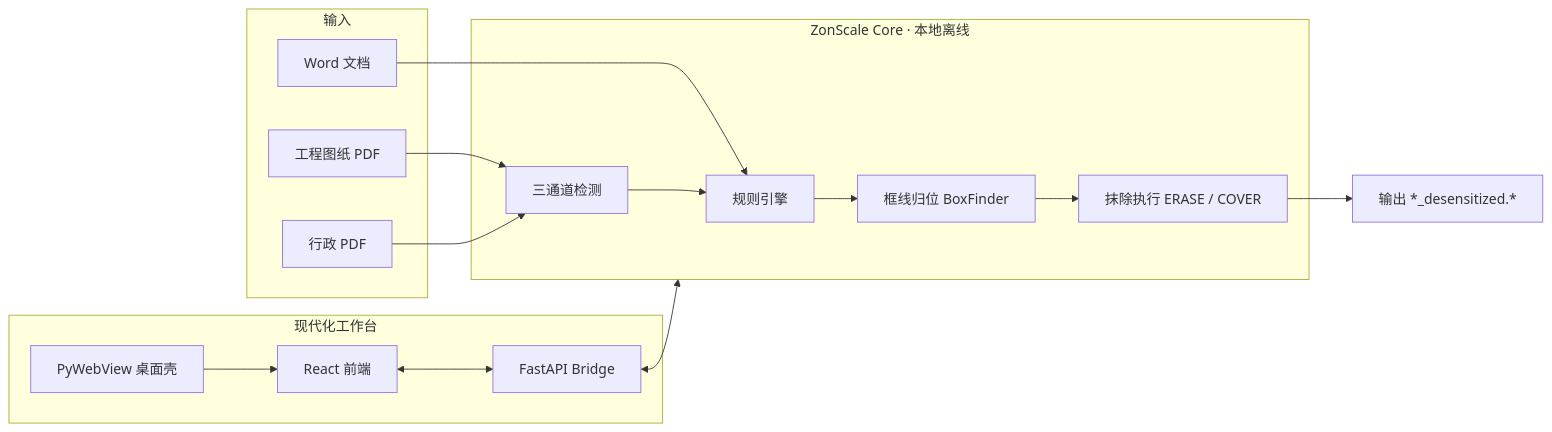
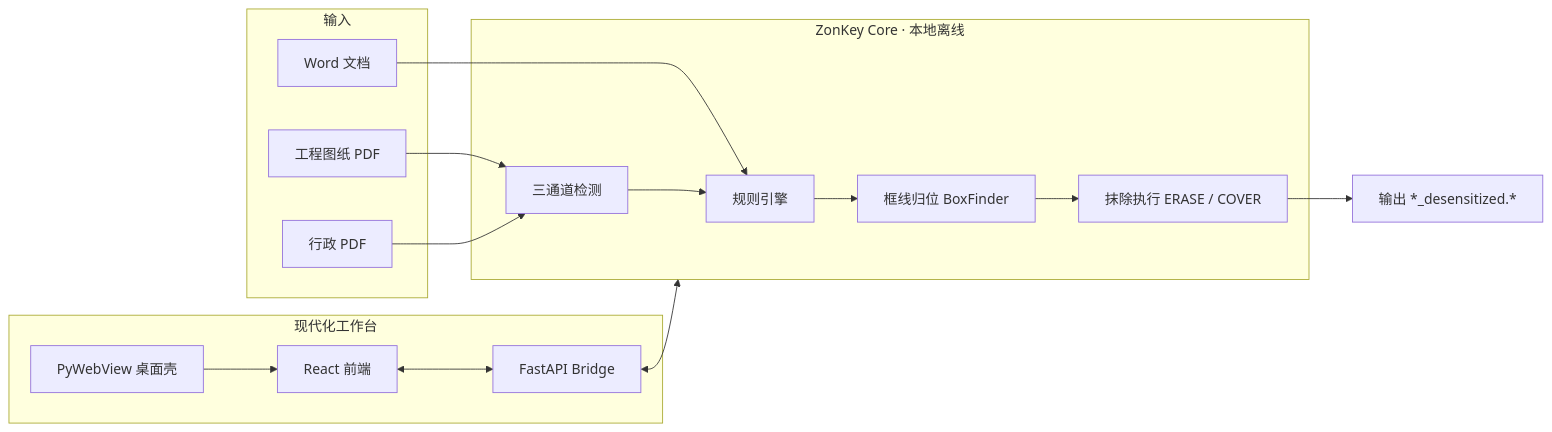
The diagram in README.md (zonlic0925-boop/ZonKey), drawn with Mermaid before and after one commit. The commit also changed other lines of this file and 170 other files, not shown here.

First line of the commit message:
chore: rebrand ZonScale to ZonKey across the entire repo

````diff
--- a/README.md
+++ b/README.md
@@ -72,29 +72,29 @@
 ```mermaid
 flowchart LR
   subgraph Input["输入"]
     A[工程图纸 PDF]
     B[行政 PDF]
     C[Word 文档]
   end
 
-  subgraph Core["ZonScale Core · 本地离线"]
+  subgraph Core["ZonKey Core · 本地离线"]
     D[规则引擎]
     E[三通道检测]
     F[框线归位 BoxFinder]
     G[抹除执行 ERASE / COVER]
   end
 
   subgraph UI["现代化工作台"]
     H[React 前端]
     I[FastAPI Bridge]
     J[PyWebView 桌面壳]
   end
 
   A --> E
   B --> E
   C --> D
   E --> D --> F --> G
   H <--> I <--> Core
   J --> H
   G --> K[输出 *_desensitized.*]
 ```
````
